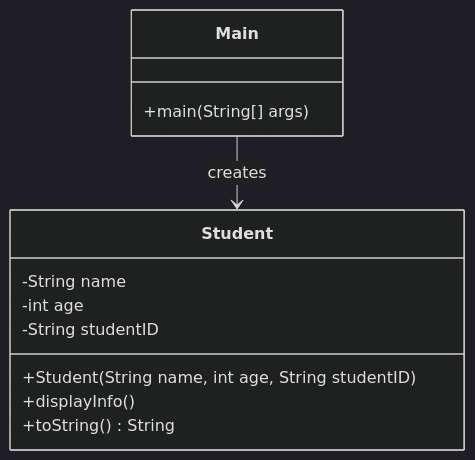
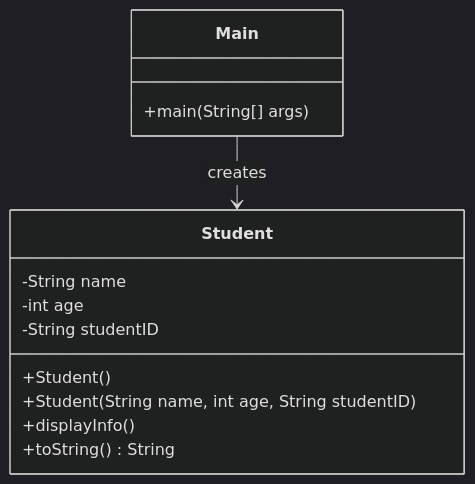
Before and after one commit to DanielCreggOrganization/w5-lab-classes-objects-danielcregg: the third of 4 diagrams in README.md, drawn with Mermaid (dark theme). The commit also changed other lines of this file, not shown here.

````diff
--- a/README.md
+++ b/README.md
@@ -377,17 +465,18 @@
 ```mermaid
 classDiagram
     class Student {
         -String name
         -int age
         -String studentID
+        +Student()
         +Student(String name, int age, String studentID)
         +displayInfo()
         +toString() String
     }
 
     class Main {
         +main(String[] args)
     }
 
     Main --> Student : creates
 ```
````
